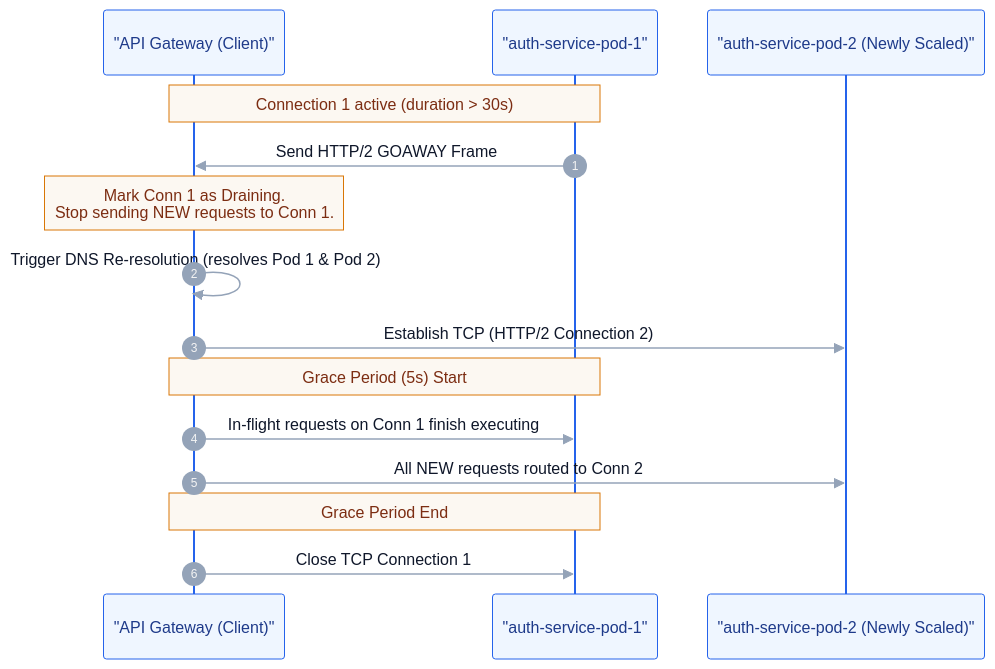
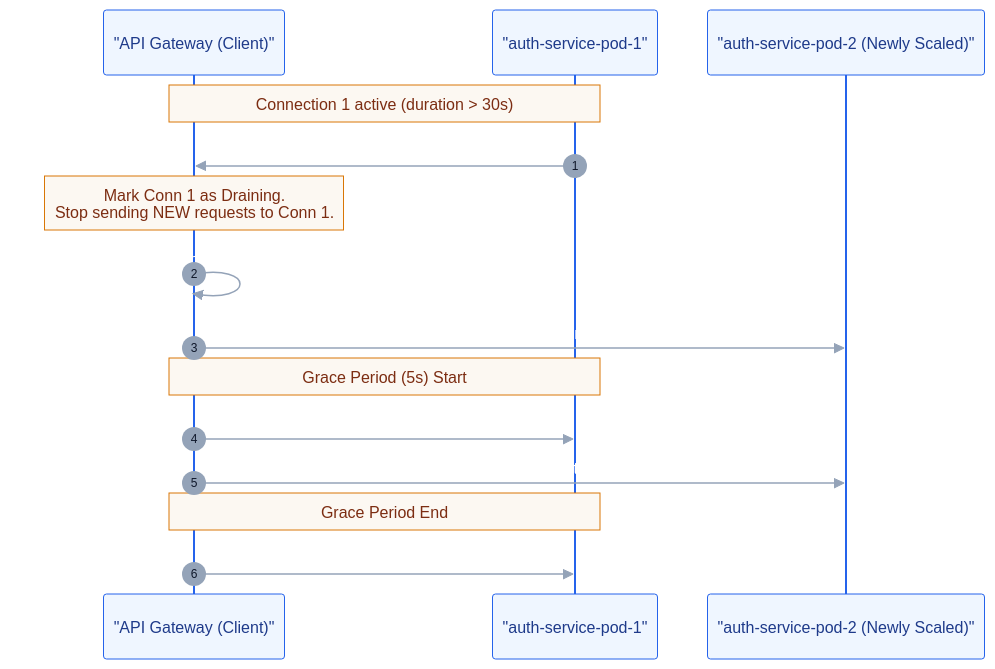
The fourth of 5 diagrams in docs/architecture/grpc-load-balancing-pinning.md (Ahmad-mufied/monolith-vs-microservice-thesis), drawn with Mermaid before and after one commit. The commit also changed other lines of this file, not shown here.

Commit message:
docs(grpc): add detailed documentation on load balancing and connection pinning mitigation strategies for HPA mode
# Conflicts:
#	docs/architecture/grpc-load-balancing-pinning.md

````diff
--- a/docs/architecture/grpc-load-balancing-pinning.md
+++ b/docs/architecture/grpc-load-balancing-pinning.md
@@ -192,36 +193,37 @@
 ```mermaid
 %%{init: {
   'theme': 'base',
   'themeVariables': {
+    'background': '#0f172a',
     'actorBkg': '#eff6ff',
     'actorBorder': '#2563eb',
     'actorTextColor': '#1e3a8a',
     'noteBkgColor': '#fcf8f2',
     'noteBorderColor': '#d97706',
     'noteTextColor': '#7c2d12',
     'signalColor': '#94a3b8',
-    'signalTextColor': '#0f172a',
-    'labelBoxBkgColor': '#f1f5f9',
-    'labelBoxBorderColor': '#cbd5e1',
-    'labelTextColor': '#0f172a'
+    'signalTextColor': '#ffffff',
+    'labelBoxBkgColor': '#1e293b',
+    'labelBoxBorderColor': '#334155',
+    'labelTextColor': '#ffffff'
   }
 }}%%
 sequenceDiagram
     autonumber
     participant Client as "API Gateway (Client)"
     participant Pod1 as "auth-service-pod-1"
     participant Pod2 as "auth-service-pod-2 (Newly Scaled)"
 
     Note over Client,Pod1: Connection 1 active (duration > 30s)
     Pod1->>Client: Send HTTP/2 GOAWAY Frame
     Note over Client: Mark Conn 1 as Draining.<br/>Stop sending NEW requests to Conn 1.
     Client->>Client: Trigger DNS Re-resolution (resolves Pod 1 & Pod 2)
     Client->>Pod2: Establish TCP (HTTP/2 Connection 2)
     
     Note over Client,Pod1: Grace Period (5s) Start
     Client->>Pod1: In-flight requests on Conn 1 finish executing
     Client->>Pod2: All NEW requests routed to Conn 2
     Note over Client,Pod1: Grace Period End
 
     Client->>Pod1: Close TCP Connection 1
 ```
````
